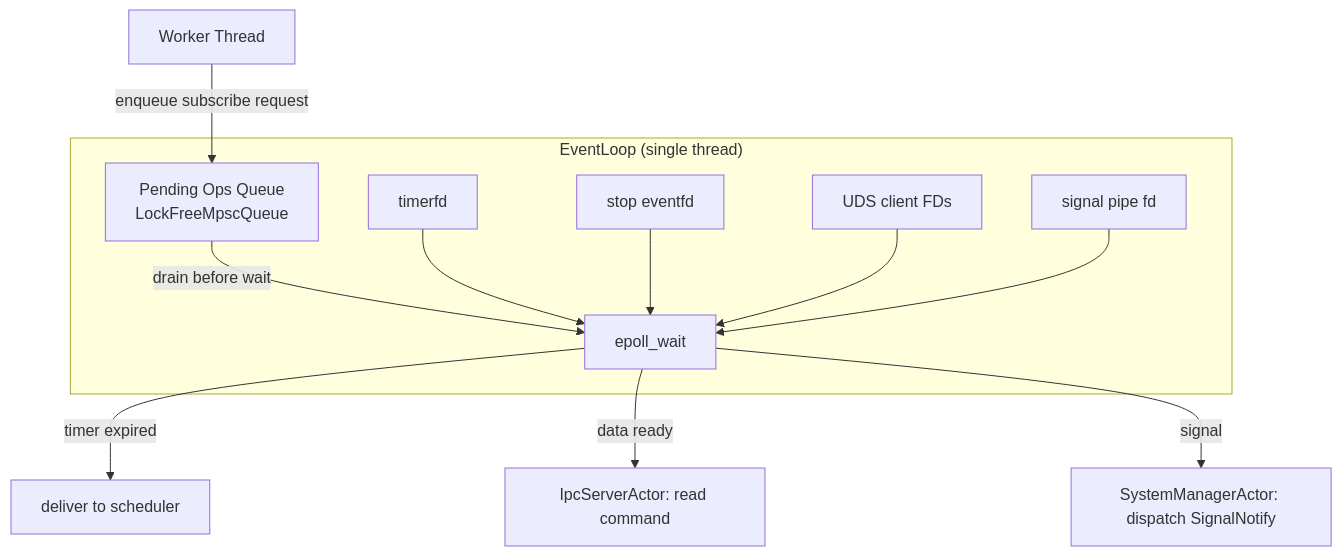
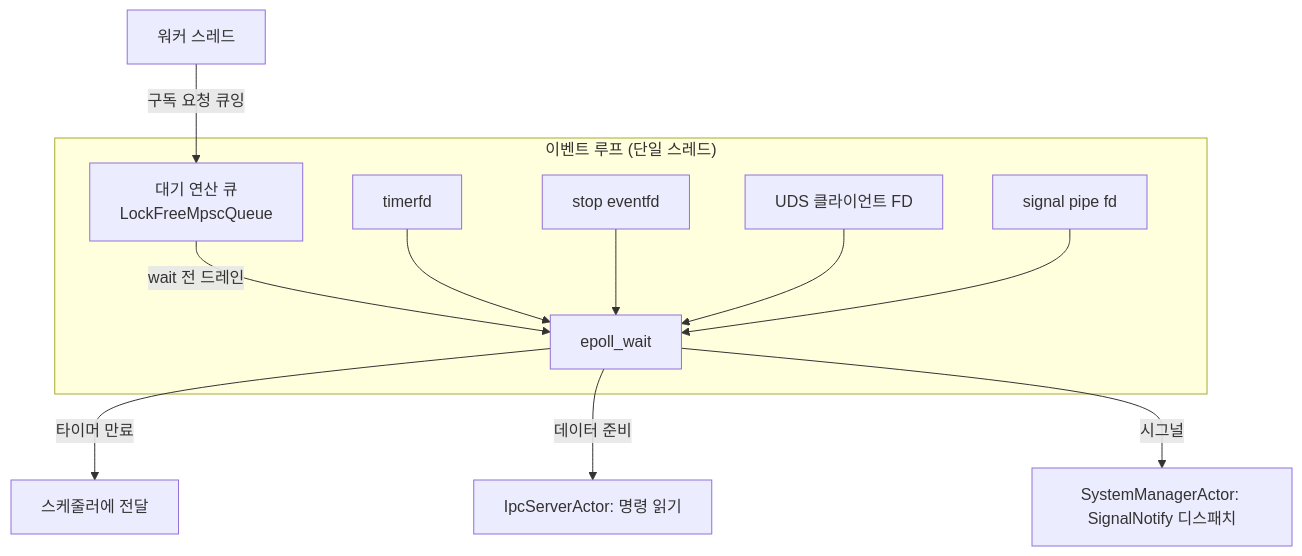
Before and after one commit to shoenkh15324/V2-Engine: the fifth of 9 diagrams in README.md, drawn with Mermaid. The commit also changed other lines of this file and 5 other files, not shown here.

````diff
--- a/README.md
+++ b/README.md
@@ -315,20 +315,20 @@
 ```mermaid
 flowchart TB
-    subgraph EL["EventLoop (single thread)"]
+    subgraph EL["이벤트 루프 (단일 스레드)"]
         EP[epoll_wait]
-        PQ[Pending Ops Queue<br/>LockFreeMpscQueue]
+        PQ[대기 연산 큐<br/>LockFreeMpscQueue]
         TF[timerfd]
         SF[stop eventfd]
-        UF[UDS client FDs]
+        UF[UDS 클라이언트 FD]
         PF[signal pipe fd]
     end
-    WorkerThread[Worker Thread] -->|enqueue subscribe request| PQ
-    PQ -->|drain before wait| EP
+    WorkerThread[워커 스레드] -->|구독 요청 큐잉| PQ
+    PQ -->|wait 전 드레인| EP
     TF --> EP
     SF --> EP
     UF --> EP
     PF --> EP
-    EP -->|timer expired| Timer[deliver to scheduler]
-    EP -->|data ready| Ipc[IpcServerActor: read command]
-    EP -->|signal| Sys[SystemManagerActor: dispatch SignalNotify]
+    EP -->|타이머 만료| Timer[스케줄러에 전달]
+    EP -->|데이터 준비| Ipc[IpcServerActor: 명령 읽기]
+    EP -->|시그널| Sys[SystemManagerActor: SignalNotify 디스패치]
 ```
````
